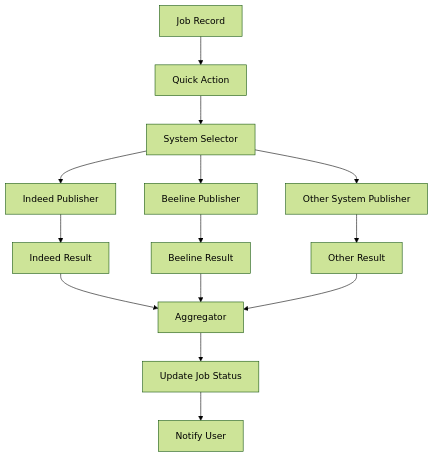
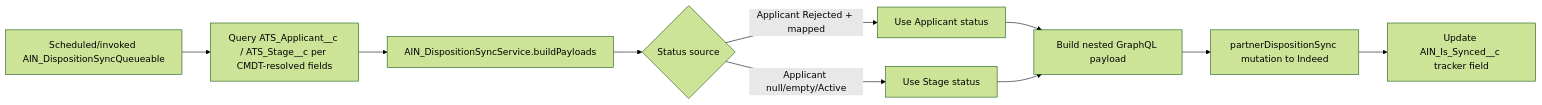
Before and after one commit to asymblinc/ProductDocumentations: the sixth of 7 diagrams in AIN/AIN_Integration_Workflows_Documentation.md, drawn with Mermaid (forest theme). The commit also changed other lines of this file and 11 other files, not shown here.

````diff
--- a/AIN/AIN_Integration_Workflows_Documentation.md
+++ b/AIN/AIN_Integration_Workflows_Documentation.md
@@ -295,20 +128,12 @@
 ```mermaid
-flowchart TB
-    J[Job Record] --> Q[Quick Action]
-    Q --> S[System Selector]
-    
-    S --> I1[Indeed Publisher]
-    S --> B1[Beeline Publisher]
-    S --> O1[Other System Publisher]
-    
-    I1 --> R1[Indeed Result]
-    B1 --> R2[Beeline Result]
-    O1 --> R3[Other Result]
-    
-    R1 --> A[Aggregator]
-    R2 --> A
-    R3 --> A
-    
-    A --> U[Update Job Status]
-    U --> N[Notify User]
+flowchart LR
+    A[Scheduled/invoked AIN_DispositionSyncQueueable] --> B[Query ATS_Applicant__c / ATS_Stage__c per CMDT-resolved fields]
+    B --> C[AIN_DispositionSyncService.buildPayloads]
+    C --> D{Status source}
+    D -->|Applicant Rejected + mapped| E[Use Applicant status]
+    D -->|Applicant null/empty/Active| F[Use Stage status]
+    E --> G[Build nested GraphQL payload]
+    F --> G
+    G --> H[partnerDispositionSync mutation to Indeed]
+    H --> I[Update AIN_Is_Synced__c tracker field]
 ```
````
